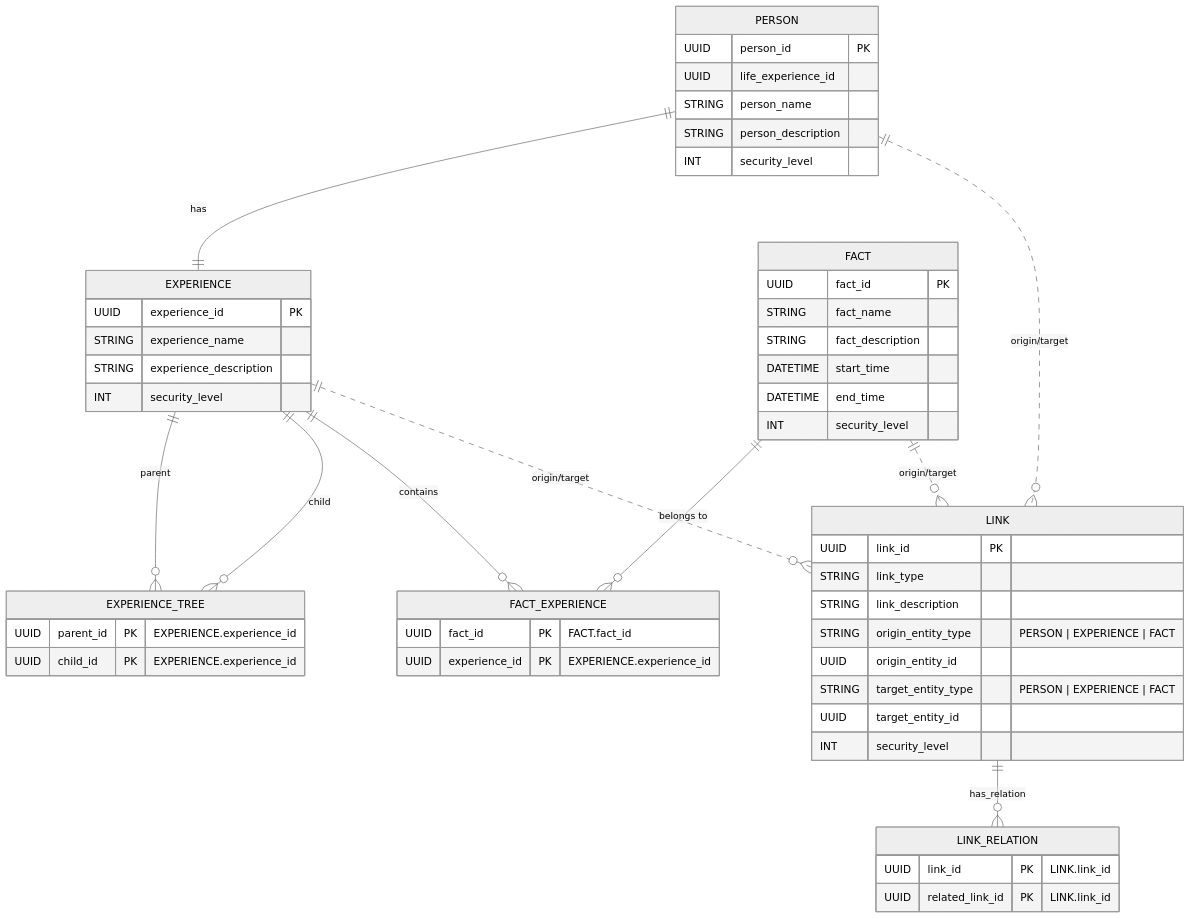
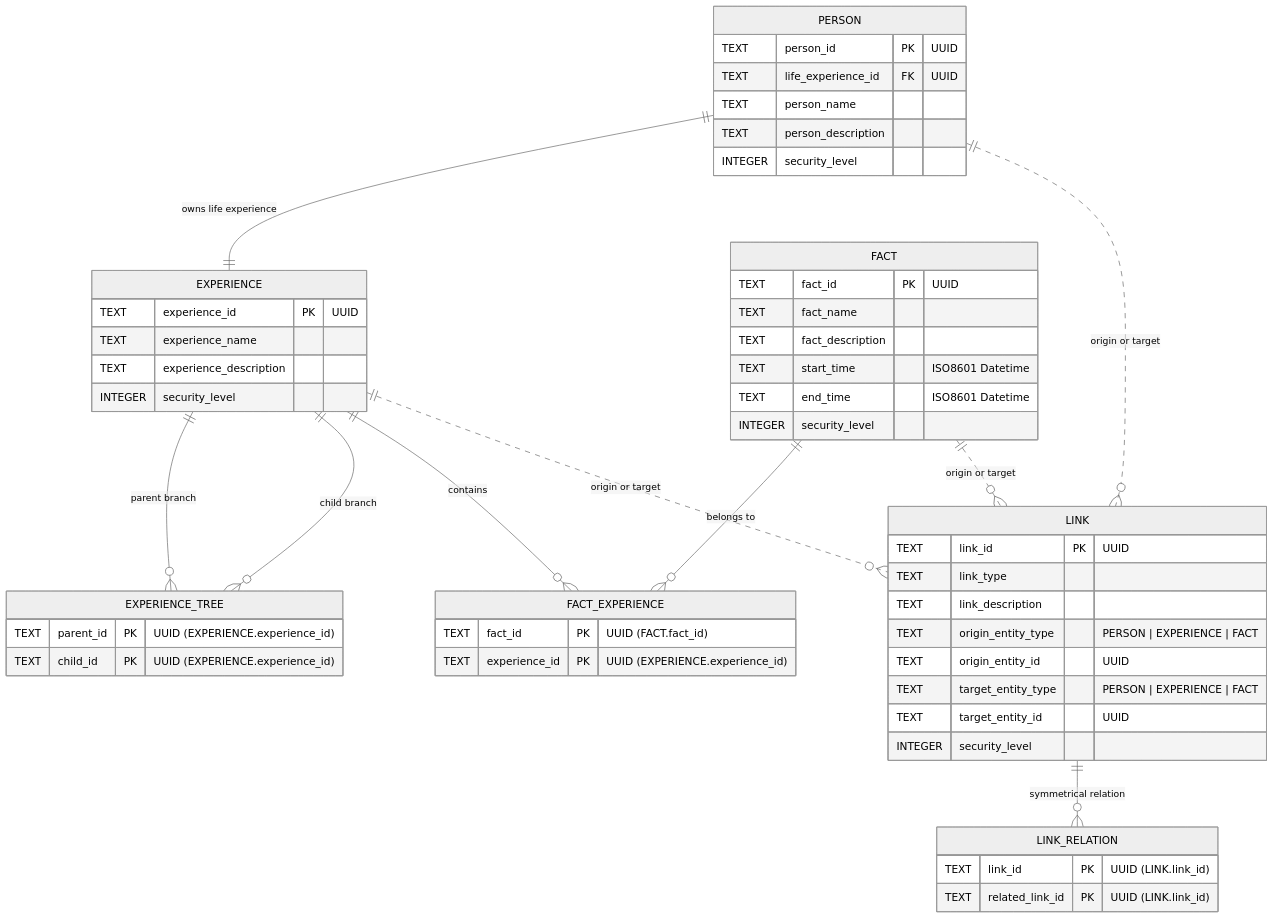
The first of 2 diagrams in docs/arch/00-hasm-model-structure.md (HibiyaHaraki/hasm), drawn with Mermaid (neutral theme) before and after one commit. The commit also changed other lines of this file and 1 other file, not shown here.

Commit message:
Add overall architecture

````diff
--- a/docs/arch/00-hasm-model-structure.md
+++ b/docs/arch/00-hasm-model-structure.md
@@ -51,63 +53,63 @@
 ```mermaid
 erDiagram
-  PERSON {
-    UUID person_id PK
-    UUID life_experience_id
-    STRING person_name
-    STRING person_description
-    INT security_level
-  }
+    PERSON {
+        TEXT person_id PK "UUID"
+        TEXT life_experience_id FK "UUID"
+        TEXT person_name
+        TEXT person_description
+        INTEGER security_level
+    }
 
-  EXPERIENCE {
-    UUID experience_id PK
-    STRING experience_name
-    STRING experience_description
-    INT security_level
-  }
+    EXPERIENCE {
+        TEXT experience_id PK "UUID"
+        TEXT experience_name
+        TEXT experience_description
+        INTEGER security_level
+    }
 
-  EXPERIENCE_TREE {
-      UUID parent_id PK "EXPERIENCE.experience_id"
-      UUID child_id PK "EXPERIENCE.experience_id"
-  }
+    EXPERIENCE_TREE {
+        TEXT parent_id PK "UUID (EXPERIENCE.experience_id)"
+        TEXT child_id PK "UUID (EXPERIENCE.experience_id)"
+    }
 
-  FACT {
-    UUID fact_id PK
-    STRING fact_name
-    STRING fact_description
-    DATETIME start_time
-    DATETIME end_time
-    INT security_level
-  }
+    FACT {
+        TEXT fact_id PK "UUID"
+        TEXT fact_name
+        TEXT fact_description
+        TEXT start_time "ISO8601 Datetime"
+        TEXT end_time "ISO8601 Datetime"
+        INTEGER security_level
+    }
 
-  FACT_EXPERIENCE {
-      UUID fact_id PK "FACT.fact_id"
-      UUID experience_id PK "EXPERIENCE.experience_id"
-  }
+    FACT_EXPERIENCE {
+        TEXT fact_id PK "UUID (FACT.fact_id)"
+        TEXT experience_id PK "UUID (EXPERIENCE.experience_id)"
+    }
 
-  LINK {
-    UUID link_id PK
-    STRING link_type
-    STRING link_description
-    STRING origin_entity_type "PERSON | EXPERIENCE | FACT"
-    UUID origin_entity_id
-    STRING target_entity_type "PERSON | EXPERIENCE | FACT"
-    UUID target_entity_id
-    INT security_level
-  }
+    LINK {
+        TEXT link_id PK "UUID"
+        TEXT link_type
+        TEXT link_description
+        TEXT origin_entity_type "PERSON | EXPERIENCE | FACT"
+        TEXT origin_entity_id "UUID"
+        TEXT target_entity_type "PERSON | EXPERIENCE | FACT"
+        TEXT target_entity_id "UUID"
+        INTEGER security_level
+    }
 
-  LINK_RELATION {
-    UUID link_id PK "LINK.link_id"
-    UUID related_link_id PK "LINK.link_id"
-  }
+    LINK_RELATION {
+        TEXT link_id PK "UUID (LINK.link_id)"
+        TEXT related_link_id PK "UUID (LINK.link_id)"
+    }
 
-  PERSON ||--|| EXPERIENCE : "has"
-  EXPERIENCE ||--o{ EXPERIENCE_TREE : "parent"
-  EXPERIENCE ||--o{ EXPERIENCE_TREE : "child"
-  FACT ||--o{ FACT_EXPERIENCE : "belongs to"
-  EXPERIENCE ||--o{ FACT_EXPERIENCE : "contains"
-  PERSON ||..o{ LINK : "origin/target"
-  EXPERIENCE ||..o{ LINK : "origin/target"
-  FACT ||..o{ LINK : "origin/target"
-  LINK ||--o{ LINK_RELATION : "has_relation"
+    PERSON ||--|| EXPERIENCE : "owns life experience"
+    EXPERIENCE ||--o{ EXPERIENCE_TREE : "parent branch"
+    EXPERIENCE ||--o{ EXPERIENCE_TREE : "child branch"
+    FACT ||--o{ FACT_EXPERIENCE : "belongs to"
+    EXPERIENCE ||--o{ FACT_EXPERIENCE : "contains"
+    PERSON ||..o{ LINK : "origin or target"
+    EXPERIENCE ||..o{ LINK : "origin or target"
+    FACT ||..o{ LINK : "origin or target"
+    LINK ||--o{ LINK_RELATION : "symmetrical relation"
 
 ```
````
